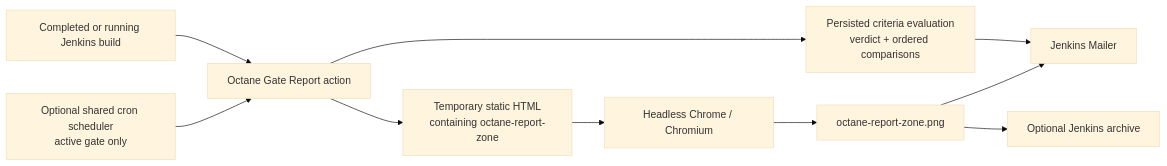
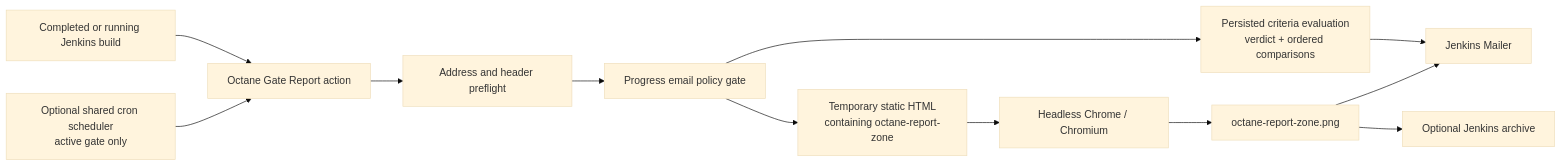
The fourth of 4 diagrams in ARCHITECTURE.md (Crustacean/octanePlugin), drawn with Mermaid (base theme) before and after one commit. The commit also changed other lines of this file and 9 other files, not shown here.

````diff
--- a/ARCHITECTURE.md
+++ b/ARCHITECTURE.md
@@ -556,19 +558,22 @@
 ```mermaid
 flowchart LR
   Build["Completed or running Jenkins build"]
   Cron["Optional shared cron scheduler\nactive gate only"]
   Action["Octane Gate Report action"]
+  Preflight["Address and header preflight"]
+  DeliveryGate["Progress email policy gate"]
   Evaluation["Persisted criteria evaluation\nverdict + ordered comparisons"]
   Html["Temporary static HTML\ncontaining octane-report-zone"]
   Chrome["Headless Chrome / Chromium"]
   Png["octane-report-zone.png"]
   Archive["Optional Jenkins archive"]
   Mail["Jenkins Mailer"]
 
-  Build --> Action --> Evaluation
+  Build --> Action --> Preflight --> DeliveryGate
+  DeliveryGate --> Evaluation
   Cron --> Action
-  Action --> Html --> Chrome --> Png
+  DeliveryGate --> Html --> Chrome --> Png
   Evaluation --> Mail
   Png --> Archive
   Png --> Mail
 ```
````
